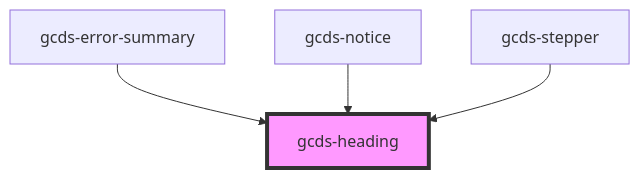
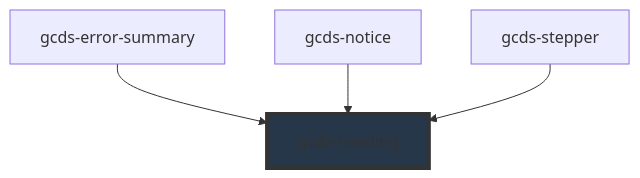
The diagram in packages/web/src/components/gcds-heading/readme.md (cds-snc/gcds-components), drawn with Mermaid before and after one commit. The commit also changed other lines of this file and 44 other files, not shown here.

````diff
--- a/packages/web/src/components/gcds-heading/readme.md
+++ b/packages/web/src/components/gcds-heading/readme.md
@@ -27,7 +34,7 @@
 ```mermaid
 graph TD;
   gcds-error-summary --> gcds-heading
   gcds-notice --> gcds-heading
   gcds-stepper --> gcds-heading
-  style gcds-heading fill:#f9f,stroke:#333,stroke-width:4px
+  style gcds-heading fill:#26374a,stroke:#333,stroke-width:4px
 ```
````
